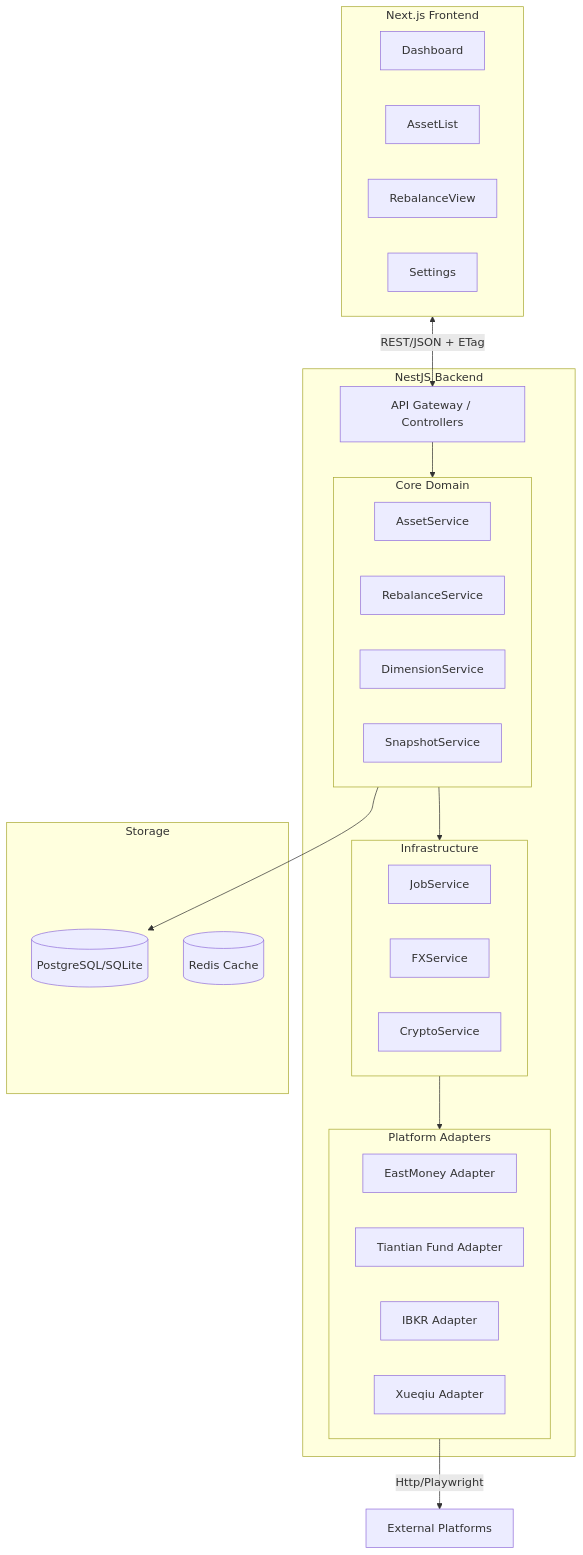
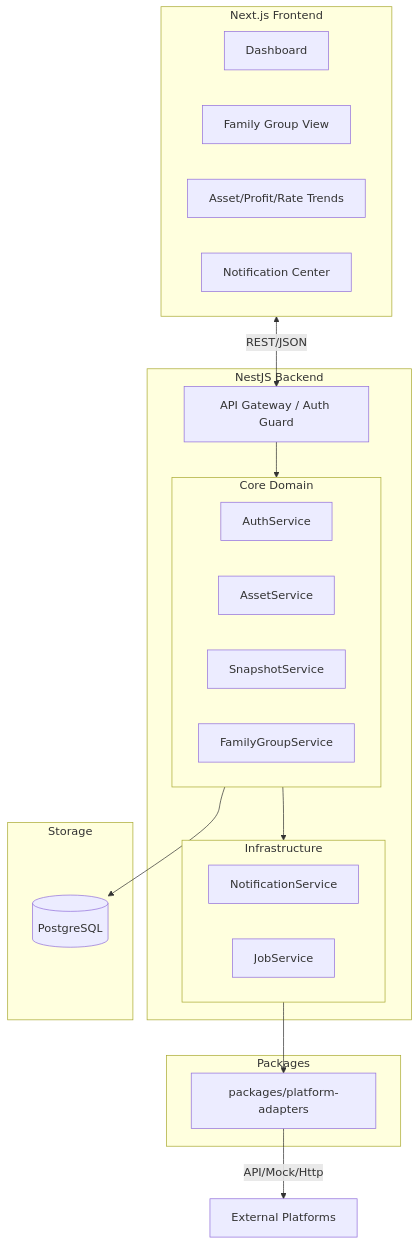
One commit to LJJimChen/cola-finance changed the diagram in doc/design.md. Above: the diagram before and after it, drawn with Mermaid. The commit also changed other lines of this file and 1 other file, not shown here.

````diff
--- a/doc/design.md
+++ b/doc/design.md
@@ -24,45 +32,40 @@
 ```mermaid
 flowchart TB
   subgraph Client [Next.js Frontend]
     Dashboard
-    AssetList
-    RebalanceView
-    Settings
+    FamilyGroup[Family Group View]
+    TrendCharts[Asset/Profit/Rate Trends]
+    MessageCenter[Notification Center]
   end
 
   subgraph Server [NestJS Backend]
-    API[API Gateway / Controllers]
+    API[API Gateway / Auth Guard]
     
     subgraph CoreServices [Core Domain]
+      AuthSvc[AuthService]
       AssetSvc[AssetService]
-      RebalanceSvc[RebalanceService]
-      DimensionSvc[DimensionService]
       SnapshotSvc[SnapshotService]
+      GroupSvc[FamilyGroupService]
     end
 
     subgraph InfraServices [Infrastructure]
+      NotifySvc[NotificationService]
       JobSvc[JobService]
-      FXSvc[FXService]
-      CryptoSvc[CryptoService]
-    end
-
-    subgraph Adapters [Platform Adapters]
-      EastMoney[EastMoney Adapter]
-      TTF[Tiantian Fund Adapter]
-      IBKR[IBKR Adapter]
-      Xueqiu[Xueqiu Adapter]
     end
   end
 
-  subgraph Data [Storage]
-    DB[(PostgreSQL/SQLite)]
-    Redis[(Redis Cache)]
+  subgraph Libs [Packages]
+    AdapterLib[packages/platform-adapters]
   end
 
-  Client <-->|REST/JSON + ETag| API
+  subgraph Data [Storage]
+    DB[(PostgreSQL)]
+  end
+
+  Client <-->|REST/JSON| API
   API --> CoreServices
   CoreServices --> InfraServices
-  InfraServices --> Adapters
-  Adapters -->|Http/Playwright| External[External Platforms]
+  InfraServices --> AdapterLib
+  AdapterLib -->|API/Mock/Http| External[External Platforms]
   CoreServices --> DB
 ```
````
